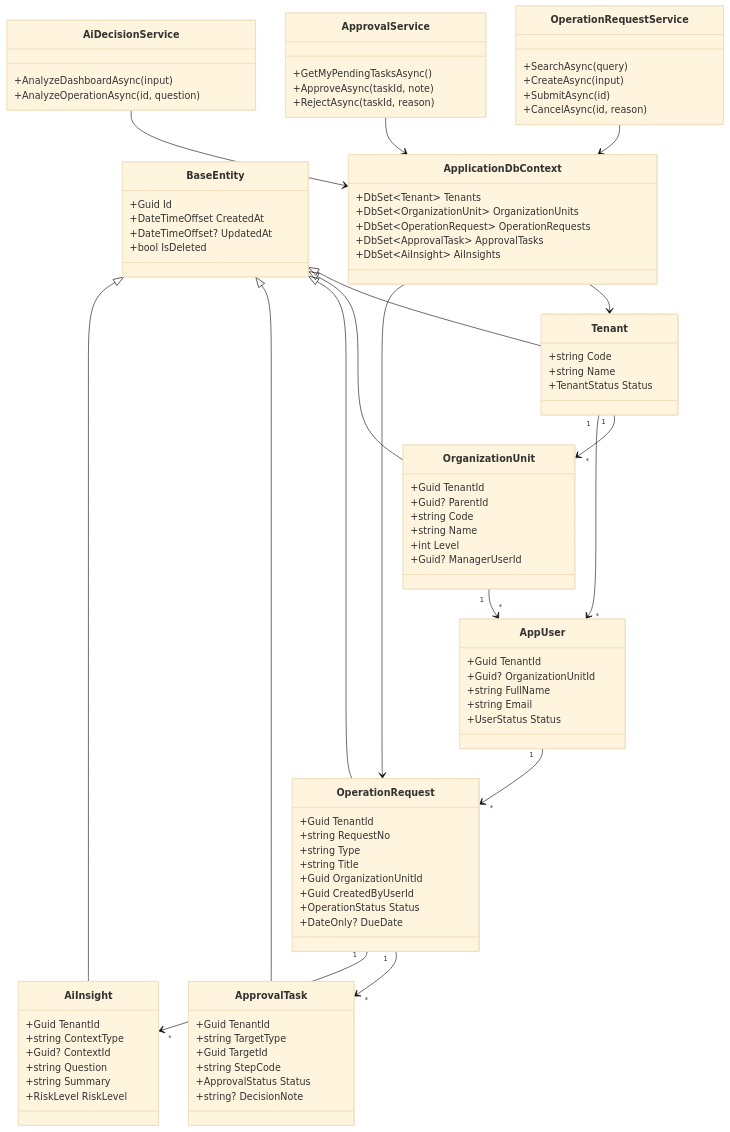
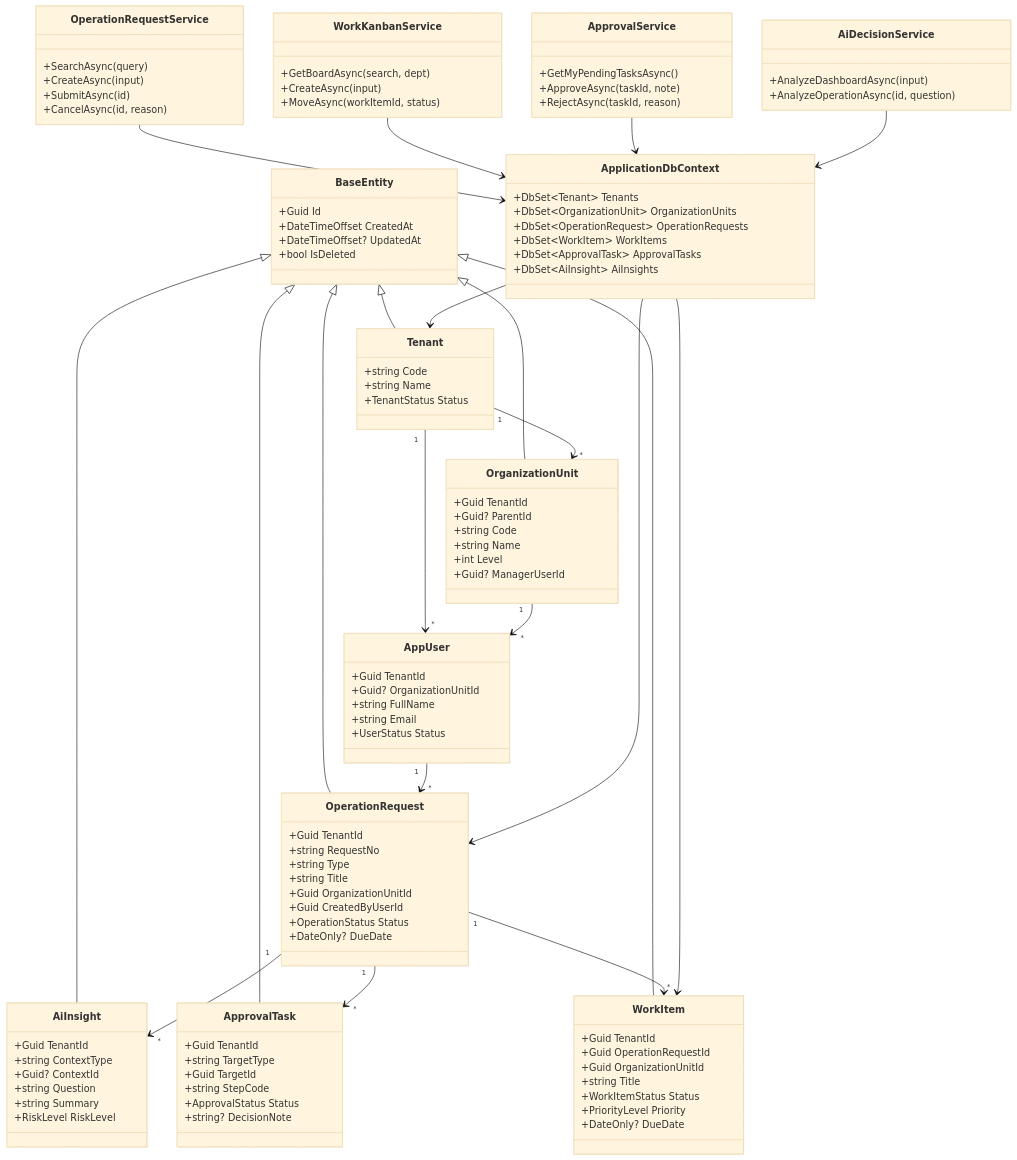
Before and after one commit to quanptatb/OmniBizAI: the third of 11 diagrams in docs/05-System-Design-and-Diagrams.md, drawn with Mermaid (base theme). The commit also changed other lines of this file and 15 other files, not shown here.

Commit message:
feat: implement workflow operations module with Kanban board, task details, and approval tracking

````diff
--- a/docs/05-System-Design-and-Diagrams.md
+++ b/docs/05-System-Design-and-Diagrams.md
@@ -117,6 +120,16 @@
         +DateOnly? DueDate
     }
 
+    class WorkItem {
+        +Guid TenantId
+        +Guid OperationRequestId
+        +Guid OrganizationUnitId
+        +string Title
+        +WorkItemStatus Status
+        +PriorityLevel Priority
+        +DateOnly? DueDate
+    }
+
     class ApprovalTask {
         +Guid TenantId
         +string TargetType
@@ -139,6 +152,7 @@
         +DbSet~Tenant~ Tenants
         +DbSet~OrganizationUnit~ OrganizationUnits
         +DbSet~OperationRequest~ OperationRequests
+        +DbSet~WorkItem~ WorkItems
         +DbSet~ApprovalTask~ ApprovalTasks
         +DbSet~AiInsight~ AiInsights
     }
@@ -156,6 +170,12 @@
         +RejectAsync(taskId, reason)
     }
 
+    class WorkKanbanService {
+        +GetBoardAsync(search, dept)
+        +CreateAsync(input)
+        +MoveAsync(workItemId, status)
+    }
+
     class AiDecisionService {
         +AnalyzeDashboardAsync(input)
         +AnalyzeOperationAsync(id, question)
@@ -164,17 +184,21 @@
     BaseEntity <|-- Tenant
     BaseEntity <|-- OrganizationUnit
     BaseEntity <|-- OperationRequest
+    BaseEntity <|-- WorkItem
     BaseEntity <|-- ApprovalTask
     BaseEntity <|-- AiInsight
     Tenant "1" --> "*" OrganizationUnit
     Tenant "1" --> "*" AppUser
     OrganizationUnit "1" --> "*" AppUser
     AppUser "1" --> "*" OperationRequest
+    OperationRequest "1" --> "*" WorkItem
     OperationRequest "1" --> "*" ApprovalTask
     OperationRequest "1" --> "*" AiInsight
     ApplicationDbContext --> Tenant
     ApplicationDbContext --> OperationRequest
+    ApplicationDbContext --> WorkItem
     OperationRequestService --> ApplicationDbContext
+    WorkKanbanService --> ApplicationDbContext
     ApprovalService --> ApplicationDbContext
     AiDecisionService --> ApplicationDbContext
 ```
````
